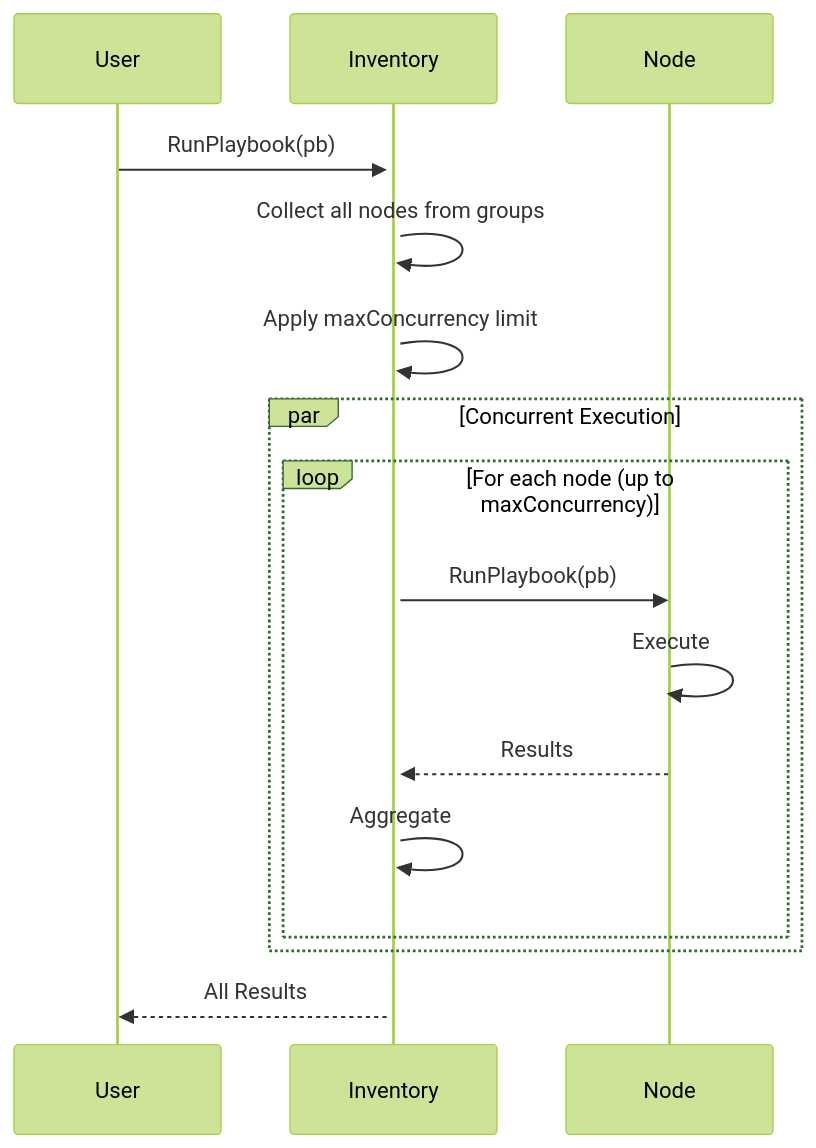
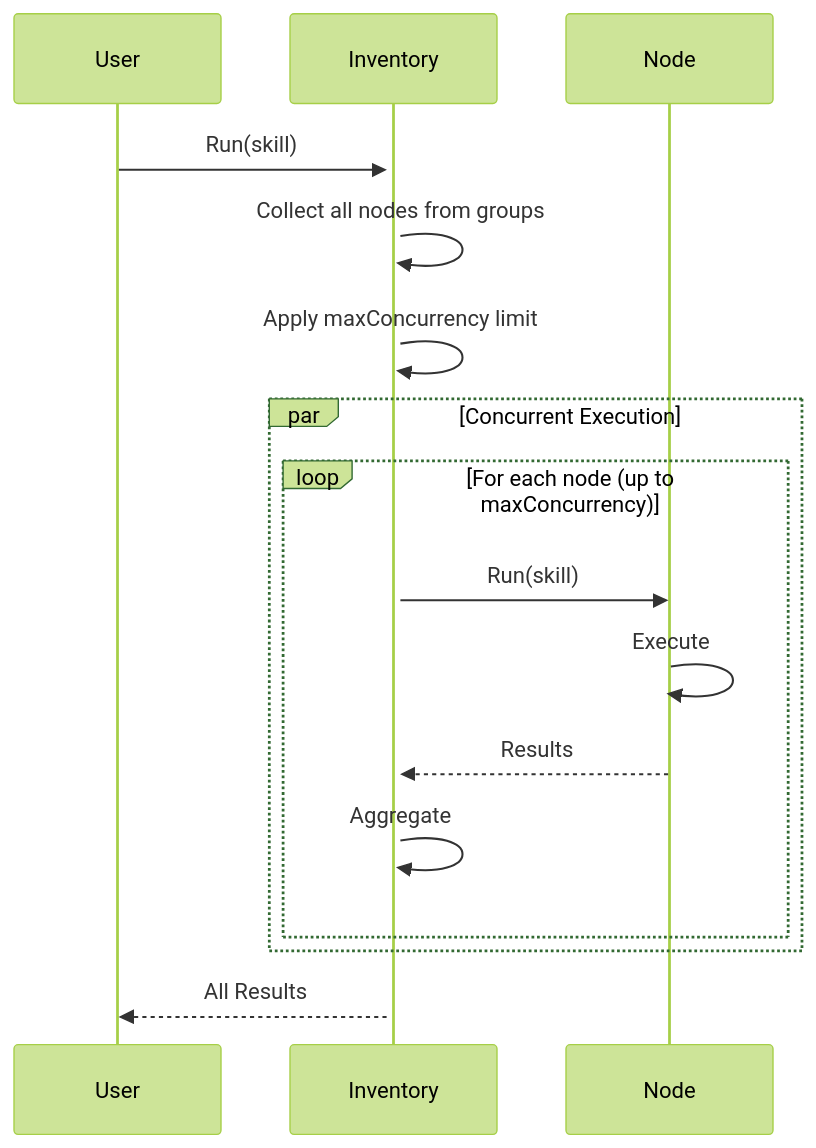
Before and after one commit to dracory/ork: the eighth of 14 diagrams in docs/livewiki/data_flow.md, drawn with Mermaid (forest theme). The commit also changed other lines of this file and 4 other files, not shown here.

````diff
--- a/docs/livewiki/data_flow.md
+++ b/docs/livewiki/data_flow.md
@@ -205,18 +209,18 @@
 ```mermaid
 sequenceDiagram
-    User->>+Inventory: RunPlaybook(pb)
+    User->>+Inventory: Run(skill)
     
     Inventory->>Inventory: Collect all nodes from groups
     Inventory->>Inventory: Apply maxConcurrency limit
     
     par Concurrent Execution
         loop For each node (up to maxConcurrency)
-            Inventory->>Node: RunPlaybook(pb)
+            Inventory->>Node: Run(skill)
             Node->>Node: Execute
             Node-->>Inventory: Results
             Inventory->>Inventory: Aggregate
         end
     end
     
     Inventory-->>User: All Results
 ```
````
